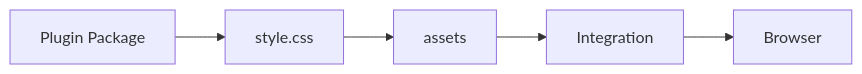
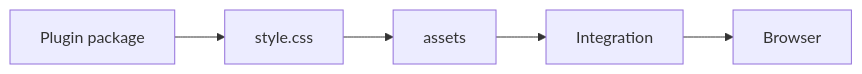
Before and after one commit to Rerurate514/riebeckite: the eighth of 13 diagrams in docs/docs/reference/plugin-api.md, drawn with Mermaid. The commit also changed other lines of this file and 604 other files, not shown here.

````diff
--- a/docs/docs/reference/plugin-api.md
+++ b/docs/docs/reference/plugin-api.md
@@ -685,13 +552,13 @@
 ```mermaid
 flowchart LR
-    Plugin["Plugin Package"]
+    Plugin["Plugin package"]
     CSS["style.css"]
     Asset["assets"]
     Integration["Integration"]
     Browser["Browser"]
 
     Plugin --> CSS
     CSS --> Asset
     Asset --> Integration
     Integration --> Browser
 ```
````
